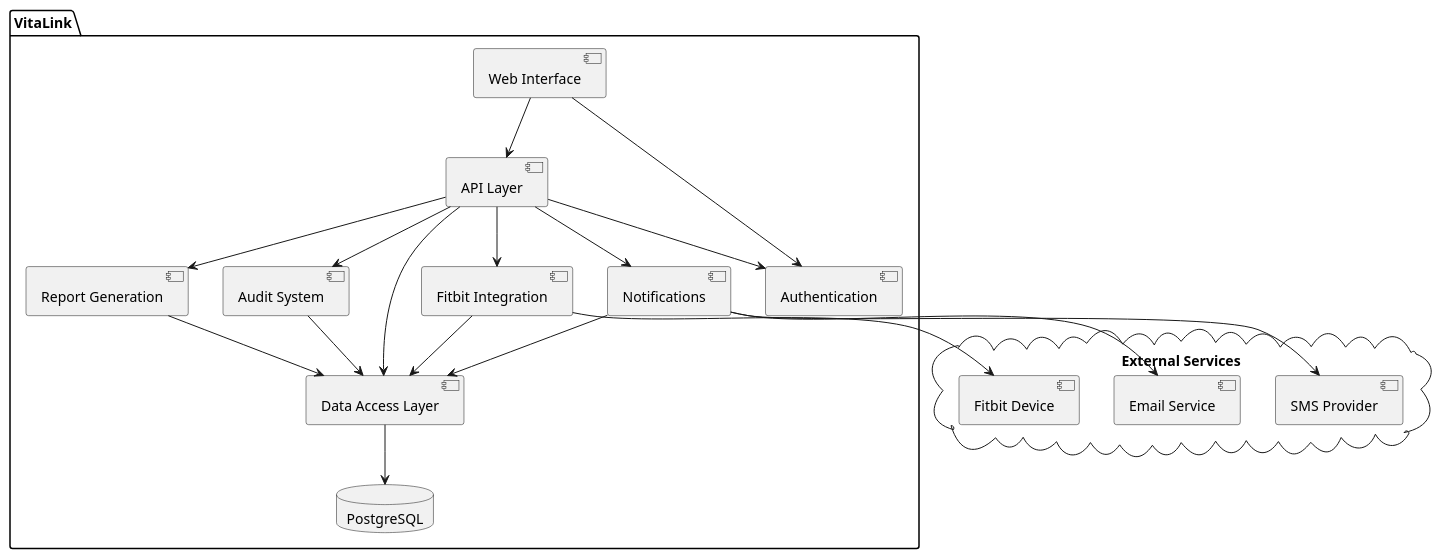
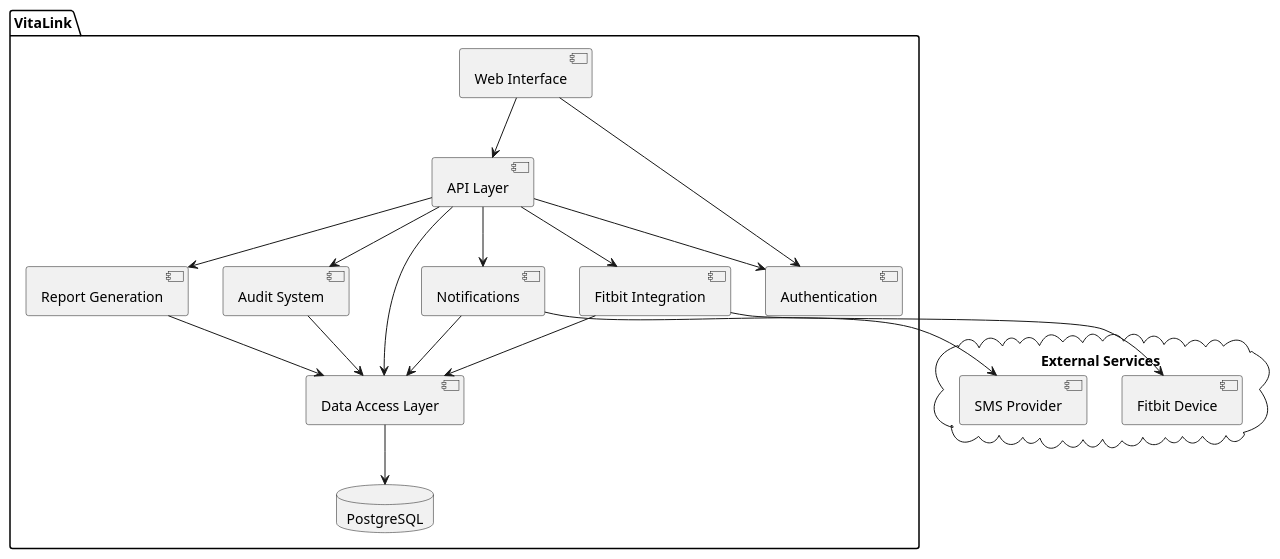
Before and after one commit to andrearoggeri22/VitaLink: the diagram in UML/Components.wsd, drawn with PlantUML. The commit also changed 1 other file, not shown here.

Commit message:
Updated UML code

```diff
--- a/UML/Components.wsd
+++ b/UML/Components.wsd
@@ -1,39 +1,37 @@
 @startuml "Diagramma dei Componenti VitaLink"
 ' Diagramma dei Componenti
 package "VitaLink" {
   [Web Interface] as UI
   [API Layer] as API
   [Authentication] as Auth
   [Data Access Layer] as DAL
   [Report Generation] as Report
   [Notifications] as Notif
   [Audit System] as Audit
   [Fitbit Integration] as Fitbit
   
   database "PostgreSQL" as DB
   
   UI --> Auth
   UI --> API
   API --> Auth
   API --> DAL
   API --> Report
   API --> Notif
   API --> Audit
   API --> Fitbit
   DAL --> DB
   Audit --> DAL
   Report --> DAL
   Notif --> DAL
   Fitbit --> DAL
 }
 
 cloud "External Services" {
   [SMS Provider] as SMS
-  [Email Service] as Email
   [Fitbit Device] as Device
 }
 
 Notif --> SMS
-Notif --> Email
 Fitbit --> Device
 @enduml
```
